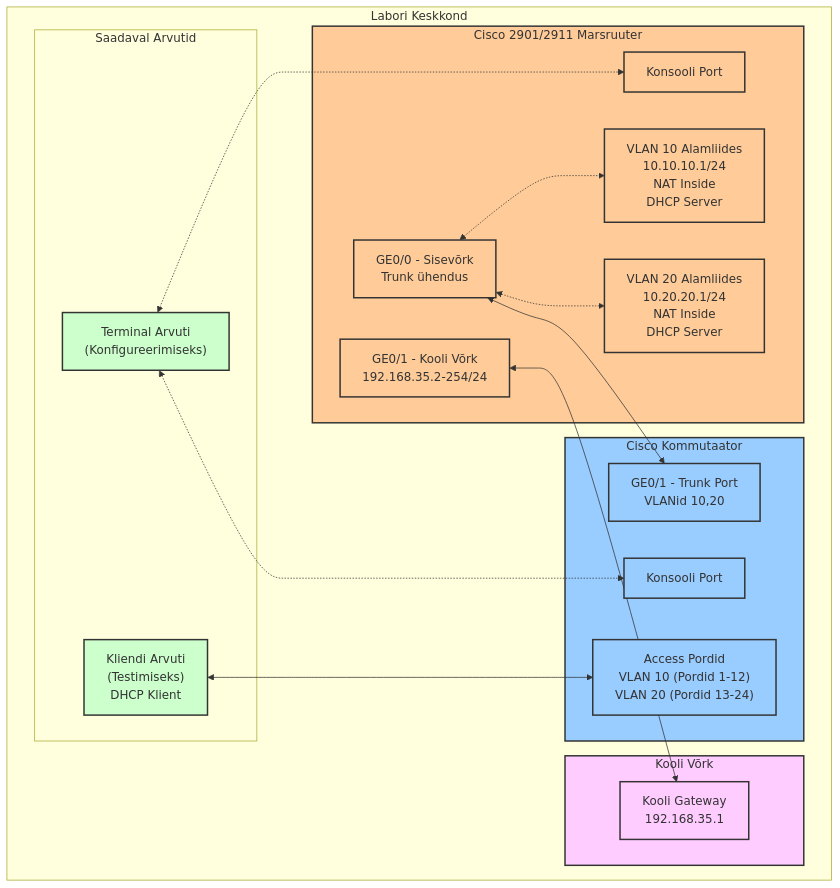
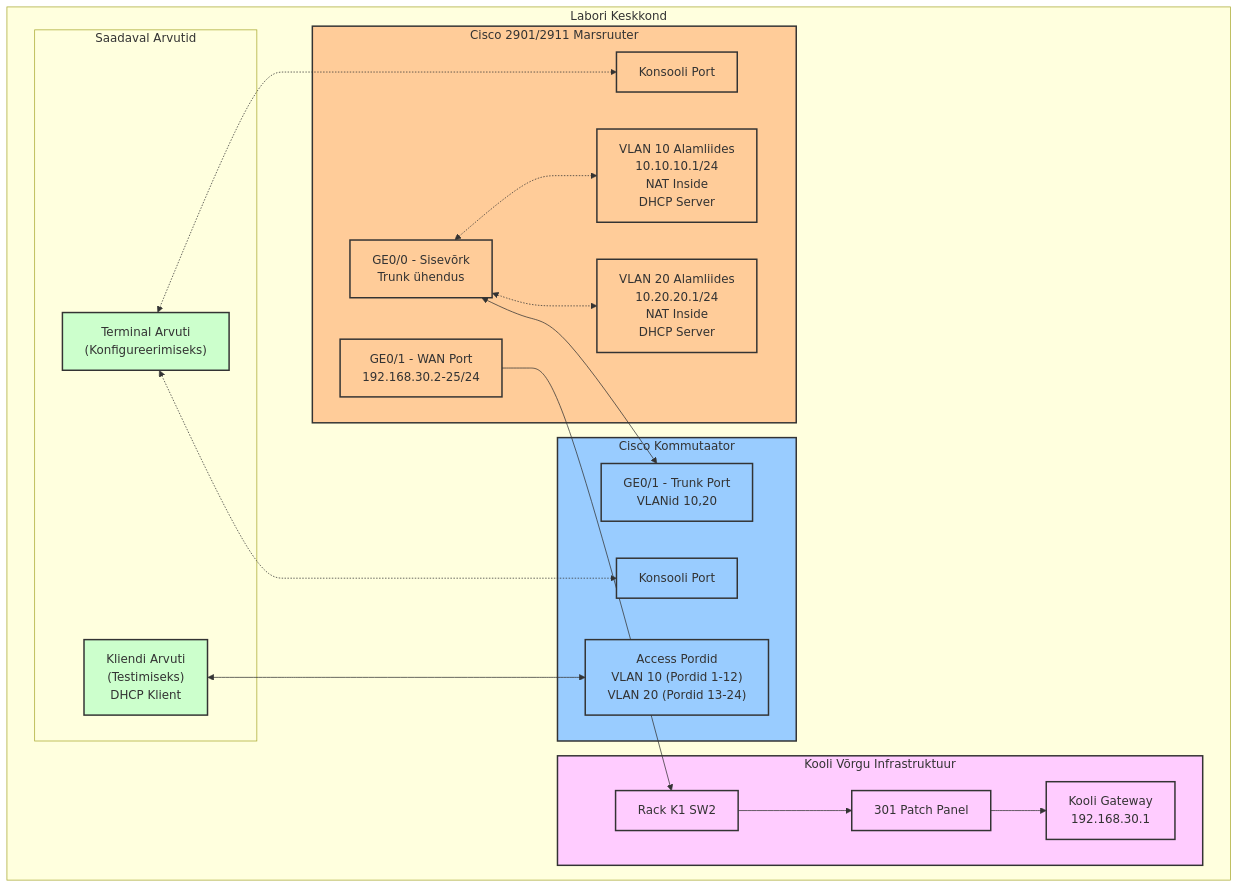
Before and after one commit to Haapsalu-Kutsehariduskeskus/av: the diagram in Labs/Lab26_310_Router_NAT.md, drawn with Mermaid. The commit also changed other lines of this file, not shown here.

````diff
--- a/Labs/Lab26_310_Router_NAT.md
+++ b/Labs/Lab26_310_Router_NAT.md
@@ -19,48 +58,52 @@
 ```mermaid
 flowchart TB
     subgraph "Labori Keskkond"
-        subgraph School["Kooli Võrk"]
-            Gateway["Kooli Gateway<br>192.168.35.1"]
+        subgraph School["Kooli Võrgu Infrastruktuur"]
+            Gateway["Kooli Gateway<br>192.168.30.1"]
+            PatchPanel["301 Patch Panel"]
+            RackK1["Rack K1 SW2"]
         end
         
         subgraph Router["Cisco 2901/2911 Marsruuter"]
             RouterGE0["GE0/0 - Sisevõrk<br>Trunk ühendus"]
-            RouterGE1["GE0/1 - Kooli Võrk<br>192.168.35.2-254/24"]
+            RouterGE1["GE0/1 - WAN Port<br>192.168.30.2-25/24"]
             RouterVLAN10["VLAN 10 Alamliides<br>10.10.10.1/24<br>NAT Inside<br>DHCP Server"]
             RouterVLAN20["VLAN 20 Alamliides<br>10.20.20.1/24<br>NAT Inside<br>DHCP Server"]
             ConsolePR["Konsooli Port"]
         end
 
         subgraph Switch["Cisco Kommutaator"]
             SwitchTrunk["GE0/1 - Trunk Port<br>VLANid 10,20"]
             SwitchPorts["Access Pordid<br>VLAN 10 (Pordid 1-12)<br>VLAN 20 (Pordid 13-24)"]
             ConsolePS["Konsooli Port"]
         end
 
         subgraph PCs["Saadaval Arvutid"]
             TerminalPC["Terminal Arvuti<br>(Konfigureerimiseks)"]
             ClientPC["Kliendi Arvuti<br>(Testimiseks)<br>DHCP Klient"]
         end
 
         %% Füüsilised ühendused
         RouterGE0 <--> SwitchTrunk
-        RouterGE1 <--> Gateway
+        RouterGE1 --> RackK1
+        RackK1 --> PatchPanel
+        PatchPanel --> Gateway
         TerminalPC <-..-> ConsolePR
         TerminalPC <-..-> ConsolePS
         ClientPC <--> SwitchPorts
         
         %% Loogilised ühendused
         RouterGE0 <-.-> RouterVLAN10
         RouterGE0 <-.-> RouterVLAN20
     end
     
     classDef router fill:#ffcc99,stroke:#333,stroke-width:2px;
     classDef switch fill:#99ccff,stroke:#333,stroke-width:2px;
     classDef client fill:#ccffcc,stroke:#333,stroke-width:2px;
     classDef school fill:#ffccff,stroke:#333,stroke-width:2px;
     
     class Router,RouterGE0,RouterGE1,RouterVLAN10,RouterVLAN20,ConsolePR router;
     class Switch,SwitchTrunk,SwitchPorts,ConsolePS switch;
     class TerminalPC,ClientPC client;
-    class School,Gateway school;
+    class School,Gateway,PatchPanel,RackK1 school;
 ```
````
